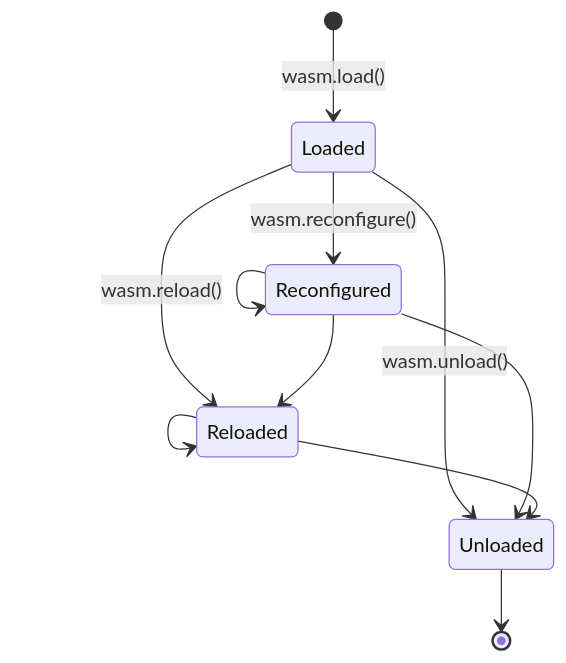
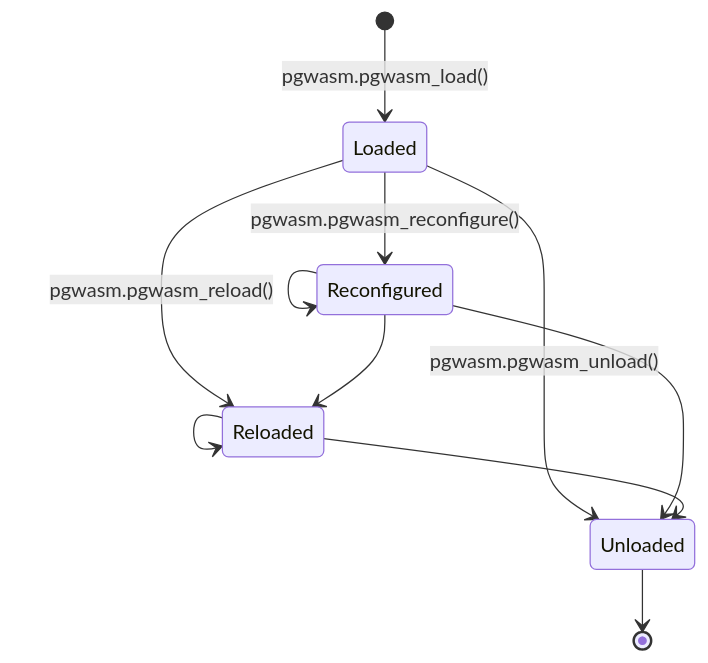
The second of 3 diagrams in docs/architecture.md (jnicholls/pgwasm), drawn with Mermaid before and after one commit. The commit also changed other lines of this file and 219 other files, not shown here.

````diff
--- a/docs/architecture.md
+++ b/docs/architecture.md
@@ -243,13 +242,13 @@
 ```mermaid
 stateDiagram-v2
-  [*] --> Loaded: wasm.load()
-  Loaded --> Reconfigured: wasm.reconfigure()
+  [*] --> Loaded: pgwasm.pgwasm_load()
+  Loaded --> Reconfigured: pgwasm.pgwasm_reconfigure()
   Reconfigured --> Reconfigured
-  Loaded --> Reloaded: wasm.reload()
+  Loaded --> Reloaded: pgwasm.pgwasm_reload()
   Reconfigured --> Reloaded
   Reloaded --> Reloaded
-  Loaded --> Unloaded: wasm.unload()
+  Loaded --> Unloaded: pgwasm.pgwasm_unload()
   Reconfigured --> Unloaded
   Reloaded --> Unloaded
   Unloaded --> [*]
 ```
````
